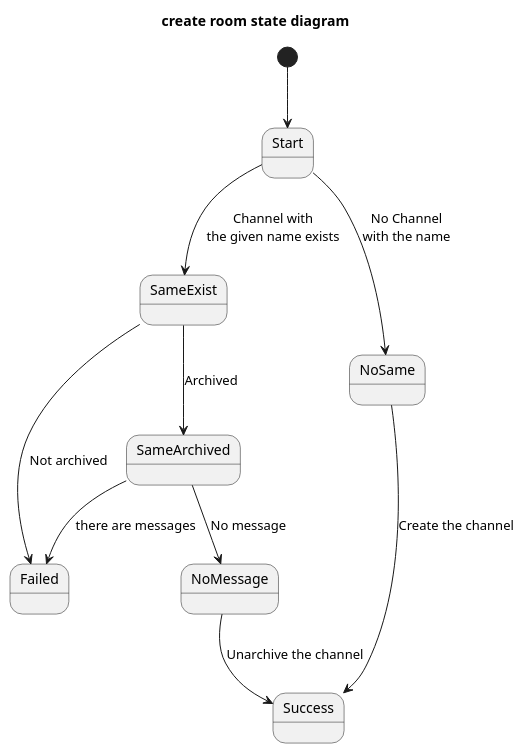
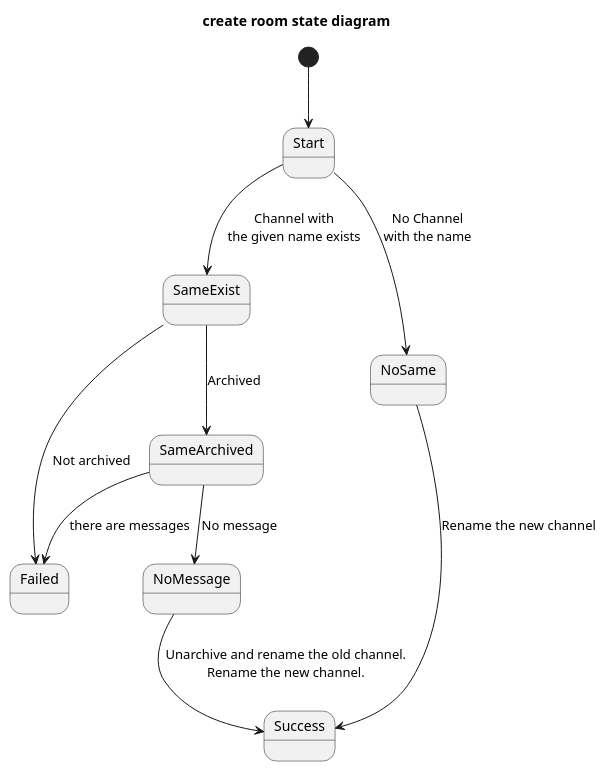
One commit to TsuyoshiGoto/UML changed the diagram in cotoba_talk/state_machine/20210517_roomrename.wsd. Above: the diagram before and after it, drawn with PlantUML. The commit also changed 5 other files, not shown here.

Commit message:
Update sequence diaglams.

```diff
--- a/cotoba_talk/state_machine/20210517_roomrename.wsd
+++ b/cotoba_talk/state_machine/20210517_roomrename.wsd
@@ -1,21 +1,21 @@
 @startuml{Fig10.1.png}
 title create room state diagram
 
 ' [*] が開始状態 or 終了状態を表す
 ' [*] が含まれているとPlantUMLが状態マシン図と判断する
 [*] --> Start
 
 Start --> SameExist : Channel with\nthe given name exists
 Start --> NoSame : No Channel\nwith the name
 
-NoSame --> Success : Create the channel
+NoSame --> Success : Rename the new channel
 
 SameExist --> SameArchived : Archived
 SameExist --> Failed : Not archived
 
 SameArchived --> NoMessage : No message
 SameArchived --> Failed : there are messages
 
-NoMessage --> Success : Unarchive the channel
+NoMessage --> Success : Unarchive and rename the old channel.\nRename the new channel.
 
 @enduml
```
